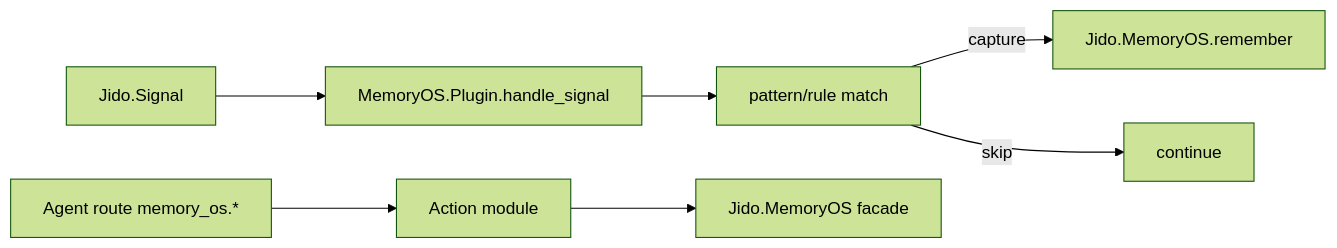
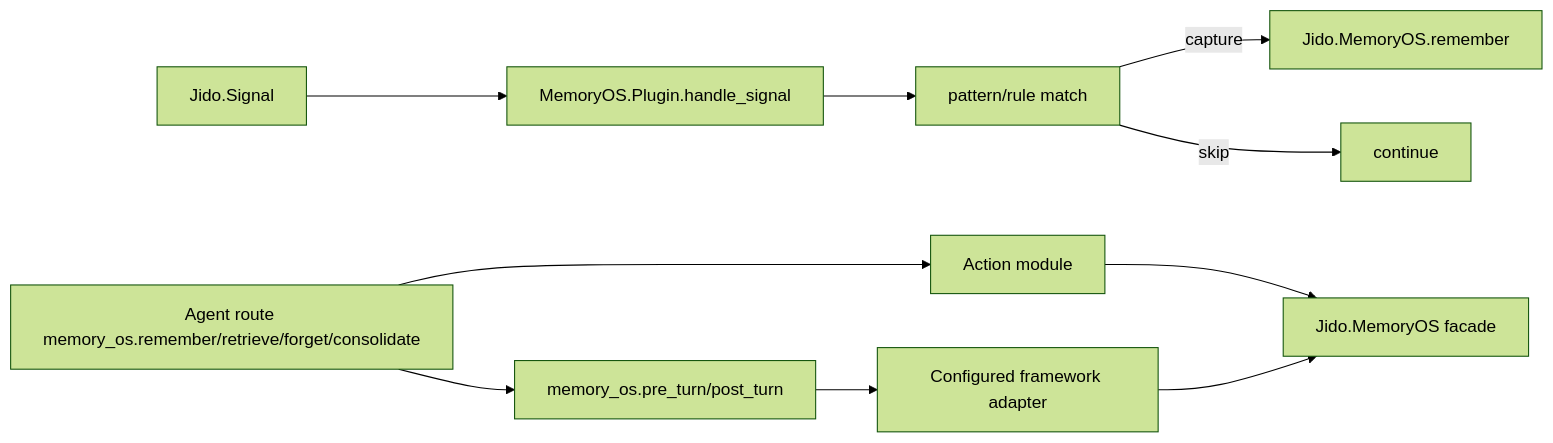
Before and after one commit to agentjido/jido_memory_os: the first of 2 diagrams in docs/developer/06-jido-integration-and-extensibility-surfaces.md, drawn with Mermaid (forest theme). The commit also changed other lines of this file and 16 other files, not shown here.

Commit message:
feat: add configurable framework adapter routing and docs

````diff
--- a/docs/developer/06-jido-integration-and-extensibility-surfaces.md
+++ b/docs/developer/06-jido-integration-and-extensibility-surfaces.md
@@ -13,9 +13,11 @@
 ```mermaid
 flowchart LR
     SIG["Jido.Signal"] --> PL["MemoryOS.Plugin.handle_signal"]
     PL --> RULES["pattern/rule match"]
     RULES -->|capture| REM["Jido.MemoryOS.remember"]
     RULES -->|skip| CONT["continue"]
 
-    AGENT["Agent route memory_os.*"] --> ACT["Action module"] --> API["Jido.MemoryOS facade"]
+    AGENT["Agent route memory_os.remember/retrieve/forget/consolidate"] --> ACT["Action module"] --> API["Jido.MemoryOS facade"]
+    AGENT --> ADAPT["memory_os.pre_turn/post_turn"] --> FW["Configured framework adapter"]
+    FW --> API
 ```
````
